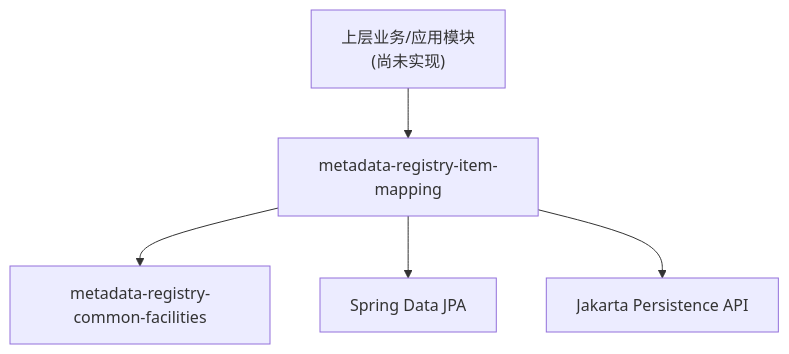
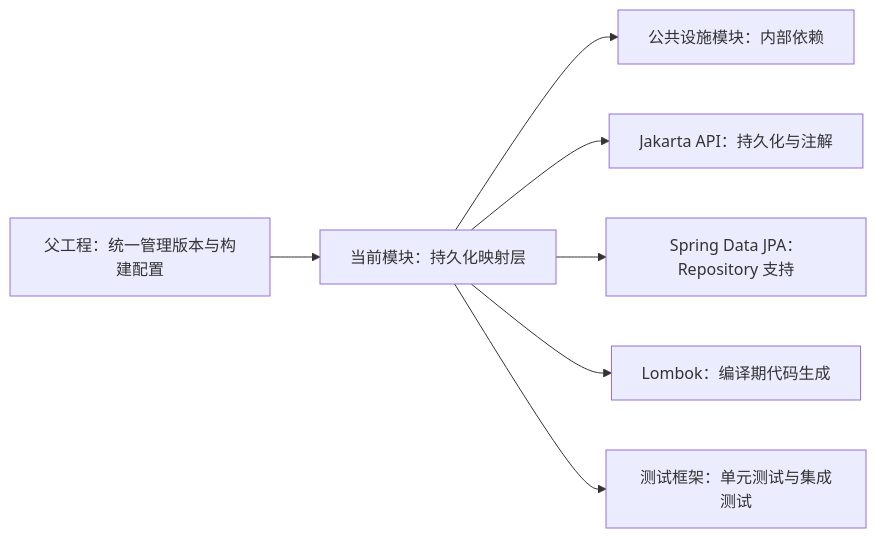
The diagram in docs/architecture/modules/metadata-registry-item-mapping-metadata-registry-item-mappin.md (matrixlane/MetadataRegistry4J), drawn with Mermaid before and after one commit. The commit also changed other lines of this file and 321 other files, not shown here.

````diff
--- a/docs/architecture/modules/metadata-registry-item-mapping-metadata-registry-item-mappin.md
+++ b/docs/architecture/modules/metadata-registry-item-mapping-metadata-registry-item-mappin.md
@@ -19,7 +38,9 @@
 ```mermaid
-graph TD
-    A["上层业务/应用模块<br/>(尚未实现)"] --> B["metadata-registry-item-mapping"]
-    B --> C["metadata-registry-common-facilities"]
-    B --> D["Spring Data JPA"]
-    B --> E["Jakarta Persistence API"]
+flowchart LR
+    P["父工程：统一管理版本与构建配置"] --> M["当前模块：持久化映射层"]
+    M --> C["公共设施模块：内部依赖"]
+    M --> J["Jakarta API：持久化与注解"]
+    M --> S["Spring Data JPA：Repository 支持"]
+    M --> L["Lombok：编译期代码生成"]
+    M --> T["测试框架：单元测试与集成测试"]
 ```
````
